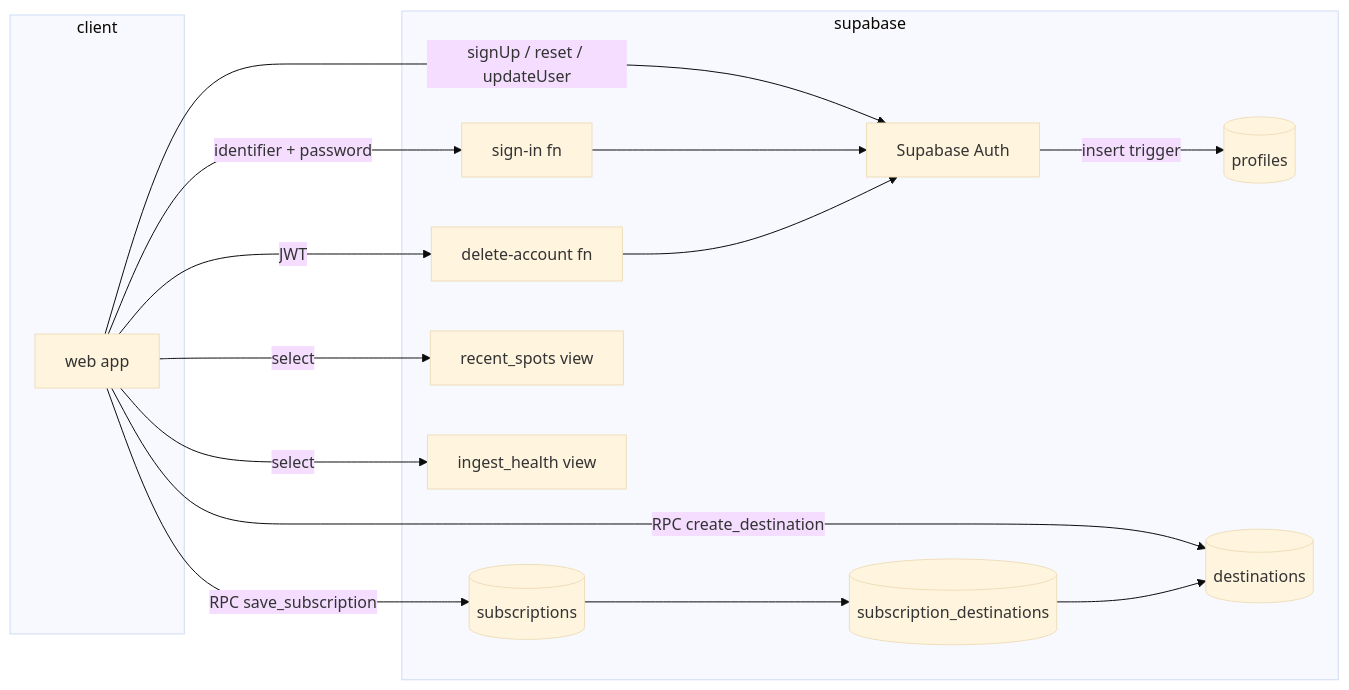
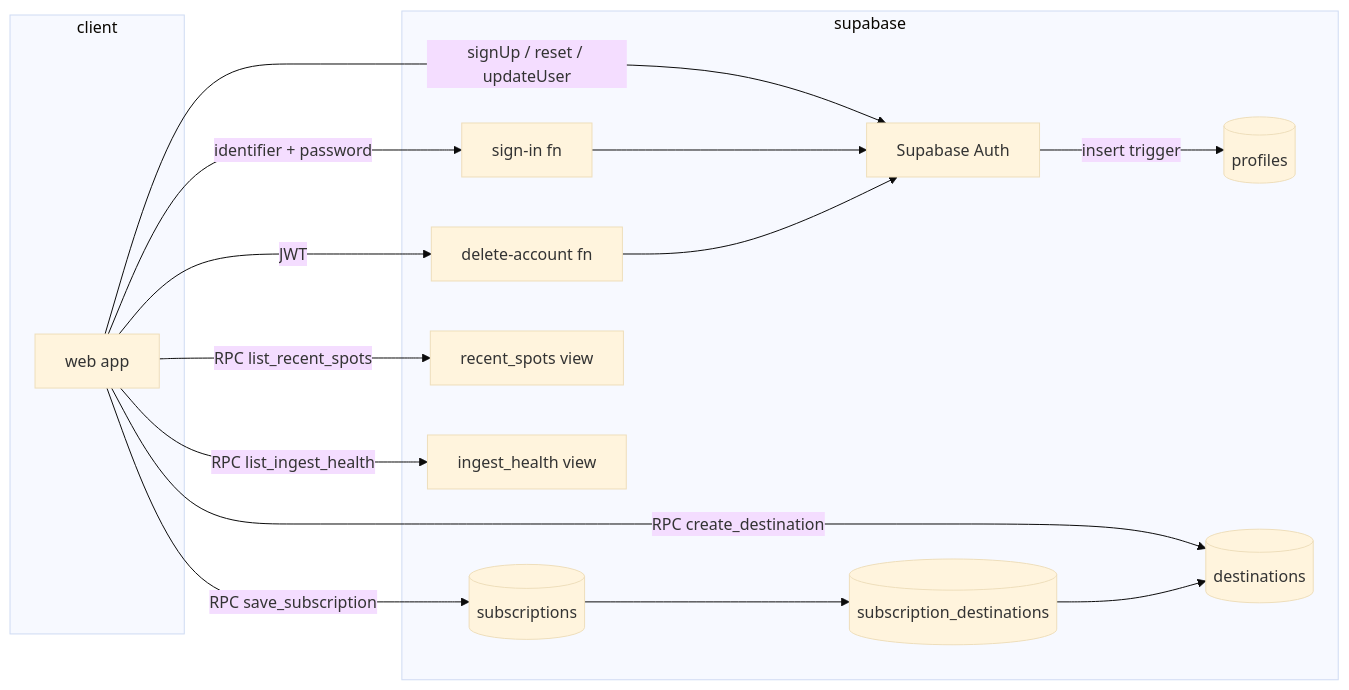
Before and after one commit to sonyccd/longlines: the second of 4 diagrams in docs/ARCHITECTURE.md, drawn with Mermaid (base theme). The commit also changed other lines of this file and 6 other files, not shown here.

First line of the commit message:
Read recent_spots and ingest_health through definer RPCs

````diff
--- a/docs/ARCHITECTURE.md
+++ b/docs/ARCHITECTURE.md
@@ -106,25 +106,25 @@
 ```mermaid
 flowchart LR
   subgraph client
     WEB[web app]
   end
   subgraph supabase
     AUTH[Supabase Auth]
     SI[sign-in fn]
     DA[delete-account fn]
     P[(profiles)]
     D[(destinations)]
     S[(subscriptions)]
     SD[(subscription_destinations)]
     RS[recent_spots view]
     H[ingest_health view]
   end
   WEB -- signUp / reset / updateUser --> AUTH
   WEB -- identifier + password --> SI --> AUTH
   WEB -- JWT --> DA --> AUTH
   AUTH -- insert trigger --> P
   WEB -- RPC create_destination --> D
   WEB -- RPC save_subscription --> S --> SD --> D
-  WEB -- select --> RS
-  WEB -- select --> H
+  WEB -- RPC list_recent_spots --> RS
+  WEB -- RPC list_ingest_health --> H
 ```
````
